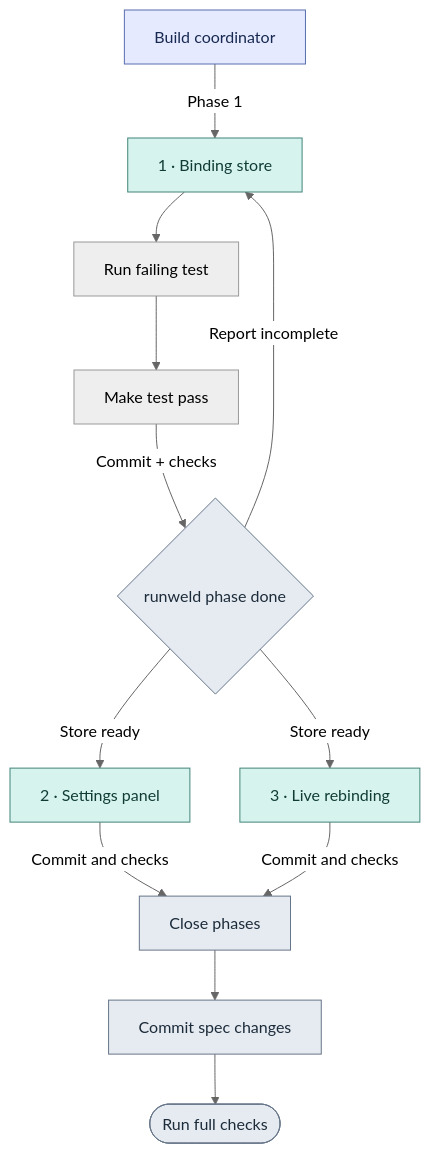
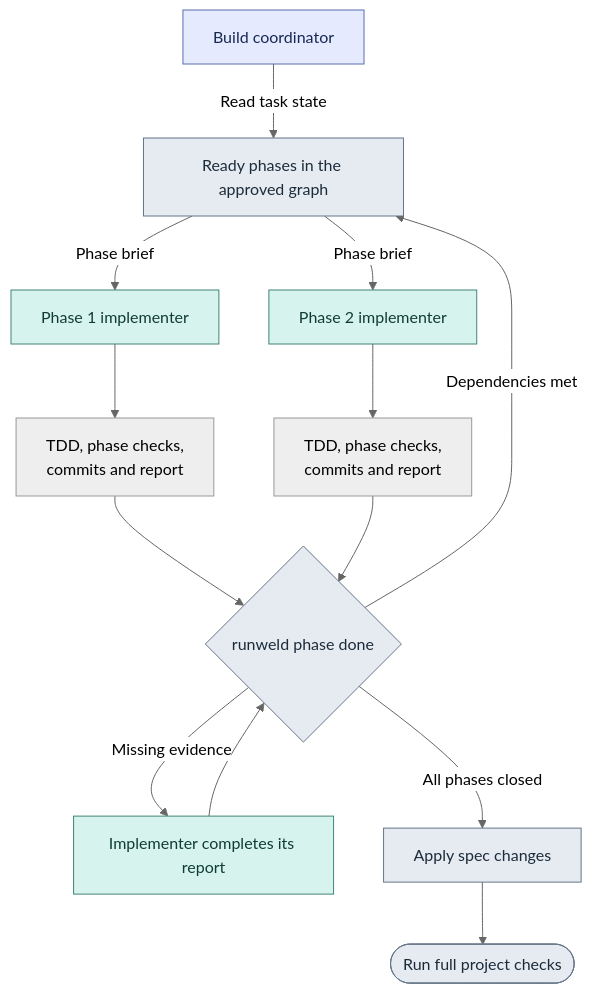
Before and after one commit to bmox0/dev-skills: the third of 6 diagrams in README.md, drawn with Mermaid (neutral theme). The commit also changed other lines of this file and 5 other files, not shown here.

Commit message:
docs: add Runweld branding and illustrate the task workflow

````diff
--- a/README.md
+++ b/README.md
@@ -154,17 +126,18 @@
 ```mermaid
 flowchart TD
-    coord["Build coordinator"]:::primary -->|"Phase 1"| store["1 · Binding store"]:::secondary
-    store --> red["Run failing test"]
-    red --> green["Make test pass"]
-    green -->|"Commit + checks"| ready{"runweld phase done"}:::cli
-    ready -->|"Report incomplete"| store
-    ready -->|"Store ready"| panel["2 · Settings panel"]:::secondary
-    ready -->|"Store ready"| live["3 · Live rebinding"]:::secondary
-    panel -->|"Commit and checks"| complete["Close phases"]:::cli
-    live -->|"Commit and checks"| complete
-    complete --> spec["Commit spec changes"]:::cli
-    spec --> gate(["Run full checks"]):::cli
+    coord["Build coordinator"]:::primary -->|Read task state| ready["Ready phases in the approved graph"]:::cli
+    ready -->|Phase brief| a["Phase 1 implementer"]:::secondary
+    ready -->|Phase brief| b["Phase 2 implementer"]:::secondary
+    a --> reportA["TDD, phase checks,<br/>commits and report"]
+    b --> reportB["TDD, phase checks,<br/>commits and report"]
+    reportA --> done{"runweld phase done"}:::cli
+    reportB --> done
+    done -->|Missing evidence| repair["Implementer completes its report"]:::secondary
+    repair --> done
+    done -->|Dependencies met| ready
+    done -->|All phases closed| spec["Apply spec changes"]:::cli
+    spec --> gate(["Run full project checks"]):::cli
     classDef primary fill:#e5eaff,stroke:#596eb0,color:#182951
     classDef secondary fill:#d6f3ee,stroke:#428478,color:#113c36
     classDef cli fill:#e6ebf1,stroke:#667588,color:#1c2b3a
 ```
````
